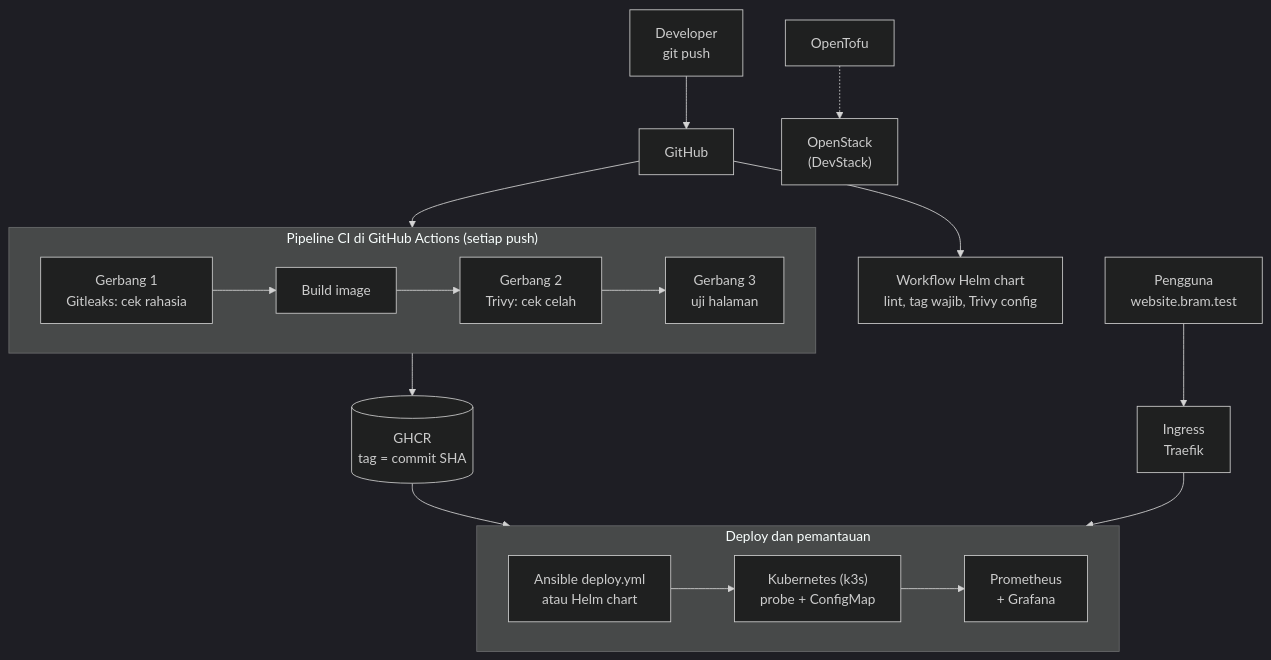
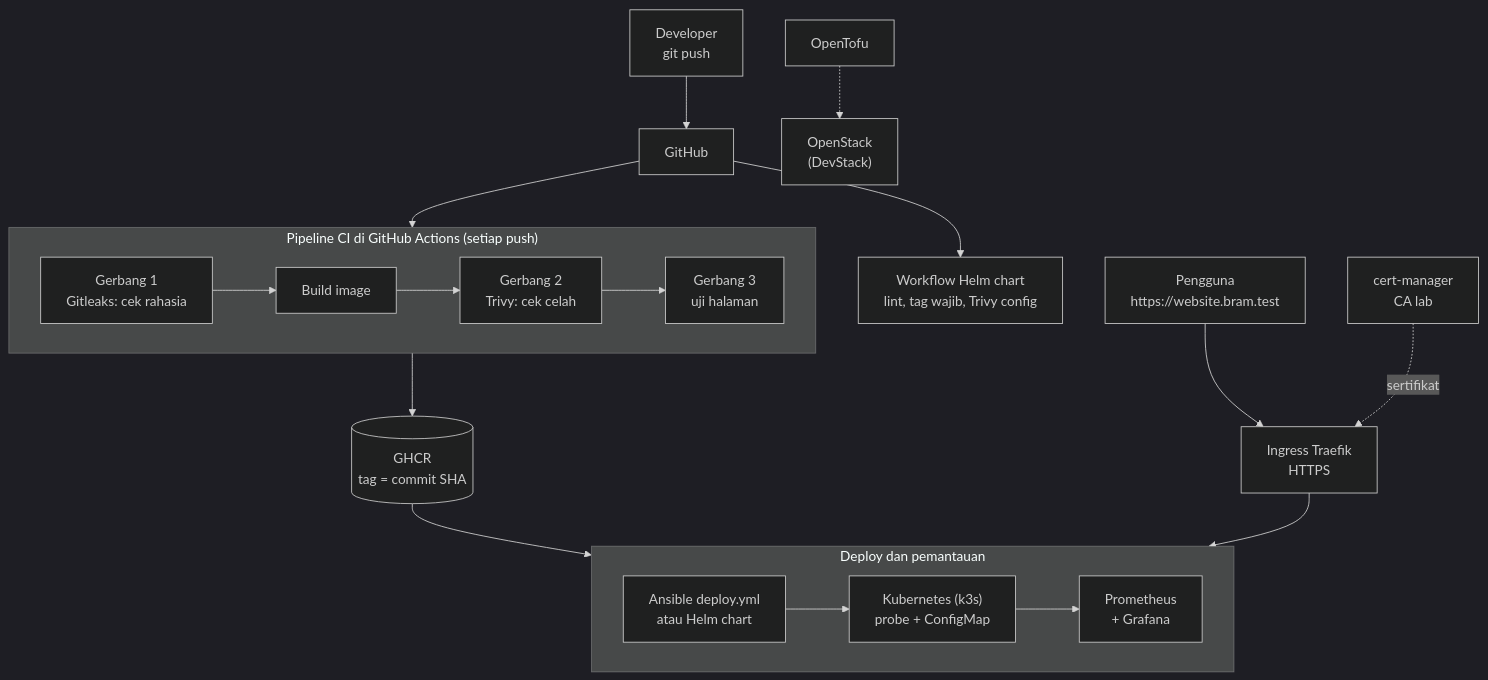
One commit to Bram-02/devops-website-bram changed the diagram in README.md. Above: the diagram before and after it, drawn with Mermaid (dark theme). The commit also changed other lines of this file, not shown here.

Commit message:
README: HTTPS dengan cert-manager, GitOps Argo CD, kendala baru

````diff
--- a/README.md
+++ b/README.md
@@ -16,26 +16,27 @@
 ```mermaid
 flowchart TB
     dev["Developer<br/>git push"] --> gh["GitHub"]
     gh --> CI
     gh --> HC["Workflow Helm chart<br/>lint, tag wajib, Trivy config"]
 
     subgraph CI["Pipeline CI di GitHub Actions (setiap push)"]
         direction LR
         g1["Gerbang 1<br/>Gitleaks: cek rahasia"] --> b["Build image"]
         b --> g2["Gerbang 2<br/>Trivy: cek celah"]
         g2 --> g3["Gerbang 3<br/>uji halaman"]
     end
 
     CI --> reg[("GHCR<br/>tag = commit SHA")]
 
     subgraph CD["Deploy dan pemantauan"]
         direction LR
         ans["Ansible deploy.yml<br/>atau Helm chart"] --> k3s["Kubernetes (k3s)<br/>probe + ConfigMap"]
         k3s --> mon["Prometheus<br/>+ Grafana"]
     end
 
     reg --> ans
-    user["Pengguna<br/>website.bram.test"] --> ing["Ingress<br/>Traefik"]
+    user["Pengguna<br/>https://website.bram.test"] --> ing["Ingress Traefik<br/>HTTPS"]
     ing --> k3s
+    cm["cert-manager<br/>CA lab"] -.sertifikat.-> ing
     tofu["OpenTofu"] -.-> os["OpenStack<br/>(DevStack)"]
 ```
````
